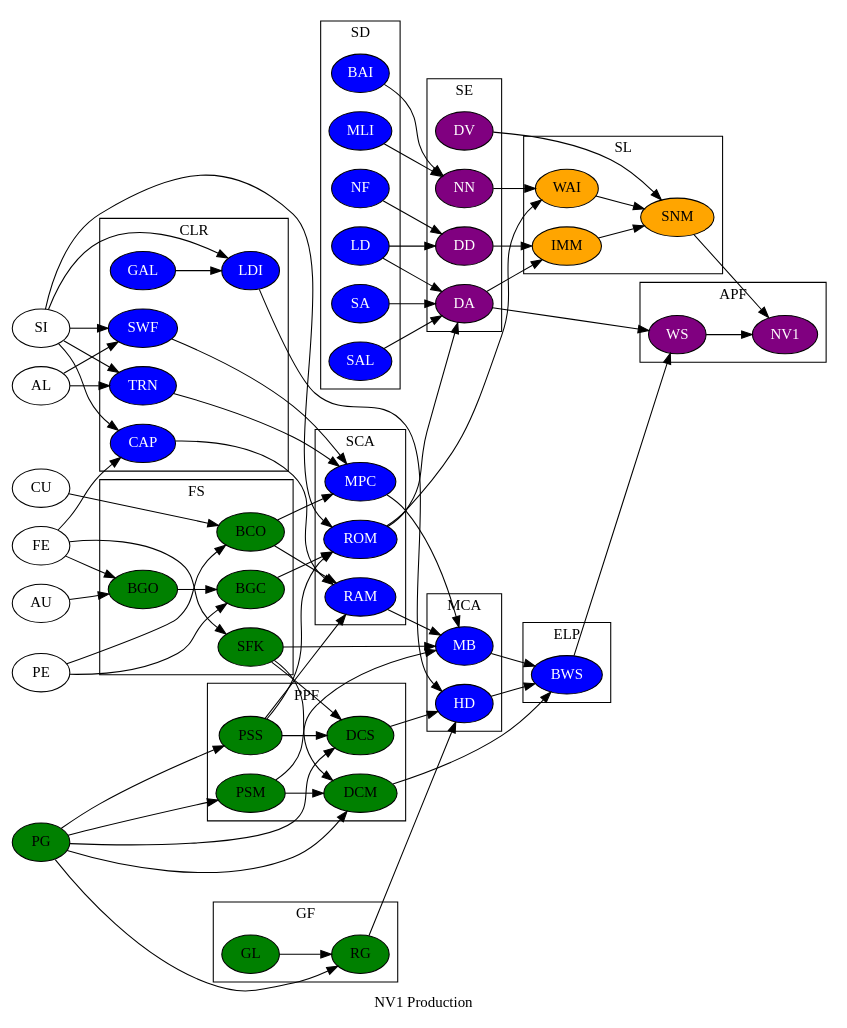
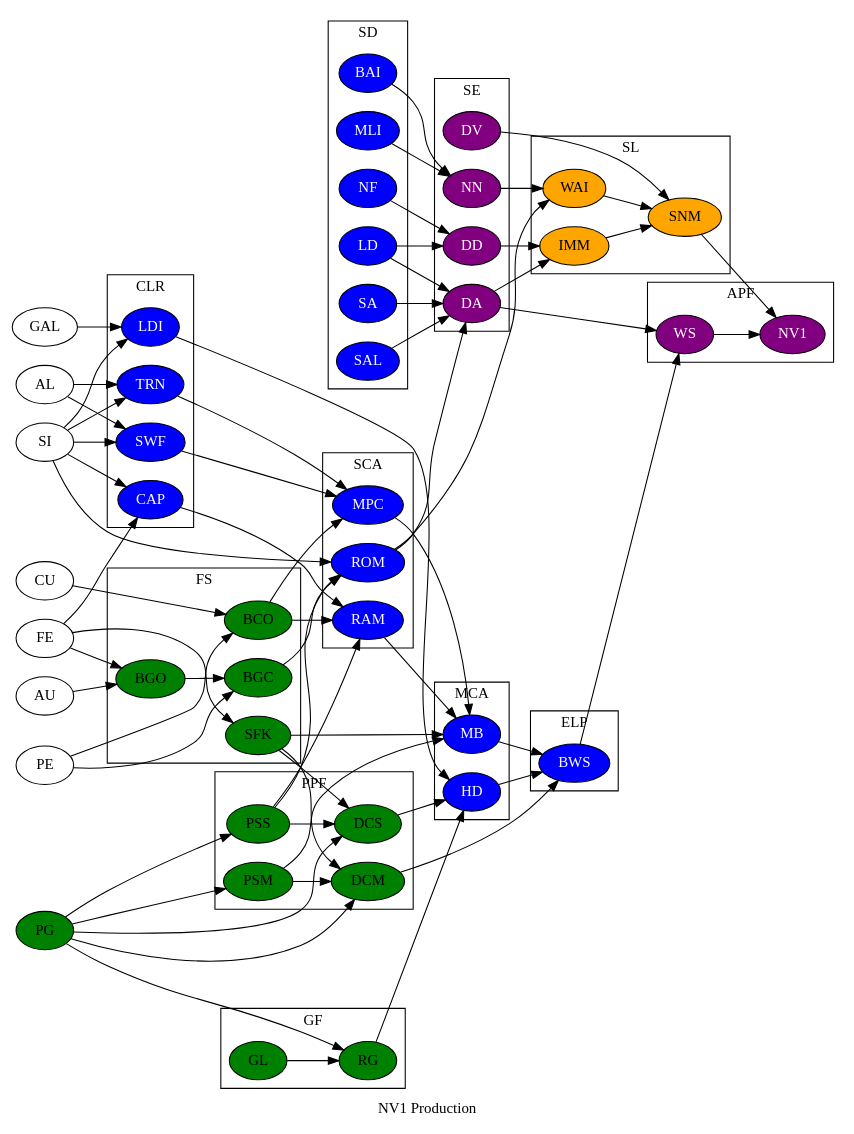
The diagram in NV1.dot (YarekTyshchenko/prun-graphs), drawn with Graphviz before and after one commit. The commit also changed 1 other file, not shown here.

```diff
--- a/NV1.dot
+++ b/NV1.dot
@@ -1,146 +1,146 @@
 digraph NV1 {
     label = "NV1 Production"
     rankdir=LR
 
     node [style=filled]
     node [fillcolor=white, fontcolor=black] //pioneers
-    { rank=min; AL FE SI PE CU AU};
+    { rank=min; AL FE SI PE CU AU GAL};
 
     node [fillcolor=green, fontcolor=black] //settlers
     { rank=min; PG };
     node [fillcolor=blue,fontcolor=white] //technicians
     node [fillcolor = purple, fontcolor = black] //engineers
     node [fillcolor = orange, fontcolor=black] //scientists
 
     //default
     node [fillcolor=white, fontcolor=black]
 
     subgraph cluster_GF {
         label = GF
         node [fillcolor = green, fontcolor = black] //settlers
         GL -> RG
         PG -> RG
     }
 
     subgraph cluster_FS {
         label = FS
         node [fillcolor = green, fontcolor = black] //settlers
         { rank=same; BCO BGC SFK };
         CU -> BCO
         PE -> BCO
         { AU FE } -> BGO
         BGO -> BGC
         PE -> BGC
         FE -> SFK
     }
 
     subgraph cluster_CLR {
         label = CLR
        node [fillcolor = blue,fontcolor = white] //technicians
 
         FE -> CAP
         SI -> CAP
         GAL -> LDI
         SI -> LDI
 
         AL -> SWF
         SI -> SWF
         AL -> TRN
         SI -> TRN
     }
 
     subgraph cluster_PPF {
         label = PPF
         node [fillcolor = green, fontcolor = black] //settlers
         PG -> DCM
         PSM -> DCM
         SFK -> DCM
         PG -> DCS
         PSS -> DCS
         SFK -> DCS
         PG -> PSM
         PG -> PSS
     }
 
     subgraph cluster_SD {
         label=SD
         node [fillcolor = blue,fontcolor = white] //technicians
         BAI
         LD
         MLI
         NF
         SA
         SAL
     }
 
     subgraph cluster_SCA {
         label = SCA
         node [fillcolor = blue,fontcolor = white] //technicians
 
         BCO -> MPC
         SWF -> MPC
         TRN -> MPC
 
         BCO -> RAM
         CAP -> RAM
         PSS -> RAM
         BGC -> ROM
         PSS -> ROM
         SI -> ROM
     }
 
     subgraph cluster_MCA {
         label = MCA
         node [fillcolor = blue,fontcolor = white] //technicians
 
         DCS -> HD
         LDI -> HD
         RG -> HD
         MPC -> MB
         PSM -> MB
         RAM -> MB
         SFK -> MB
     }
 
     subgraph cluster_ELP {
         label = ELP
         node [fillcolor = blue,fontcolor = white] //technicians
         DCM -> BWS
         HD -> BWS
         MB -> BWS
     }
 
 
     subgraph cluster_SE {
         label=SE
         node [fillcolor = purple, fontcolor = white] //engineers
 
         { SAL LD ROM SA } -> DA
         { NF LD } -> DD
         DV
         {BAI MLI } -> NN
     }
 
     subgraph cluster_SL {
         label = SL
         node [fillcolor = orange, fontcolor = black] //scientists
 
         DA -> IMM
         DD -> IMM
         DV -> SNM
         IMM -> SNM
         WAI -> SNM
         NN -> WAI
         ROM -> WAI
     }
 
 
     subgraph cluster_APF {
         label = APF
         node [fillcolor = purple, fontcolor = white] //engineers
         SNM -> NV1
         WS -> NV1
         BWS -> WS
         DA -> WS
     }
 }
```
